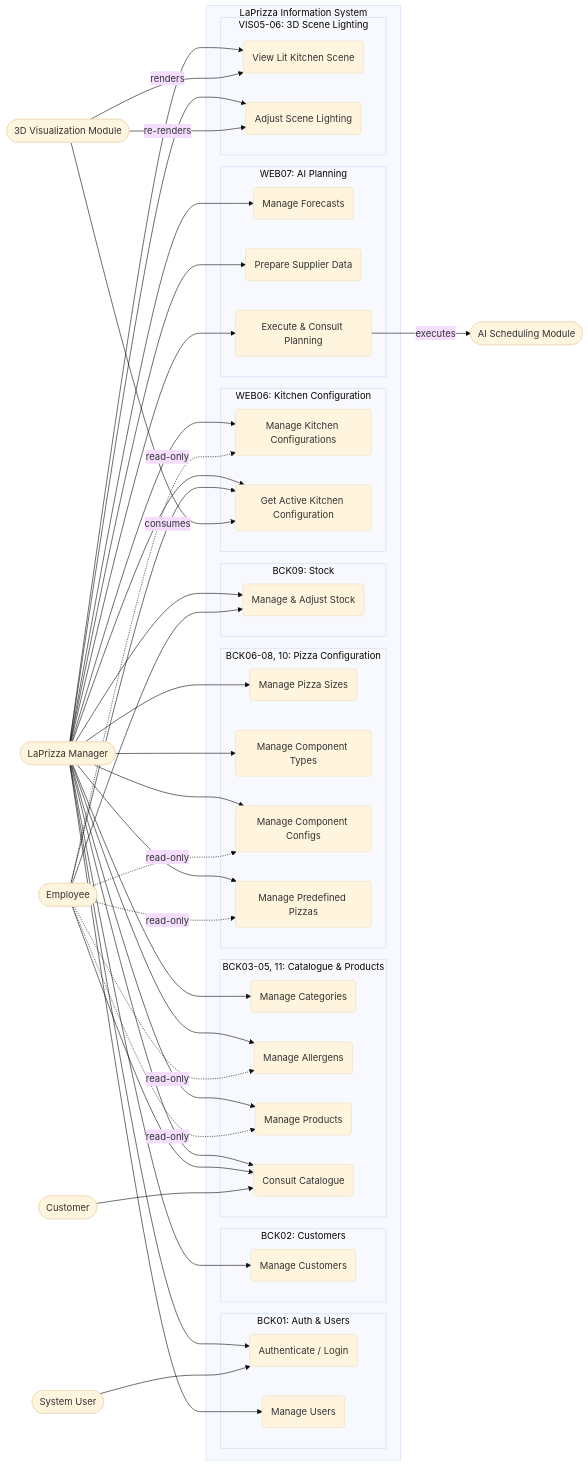
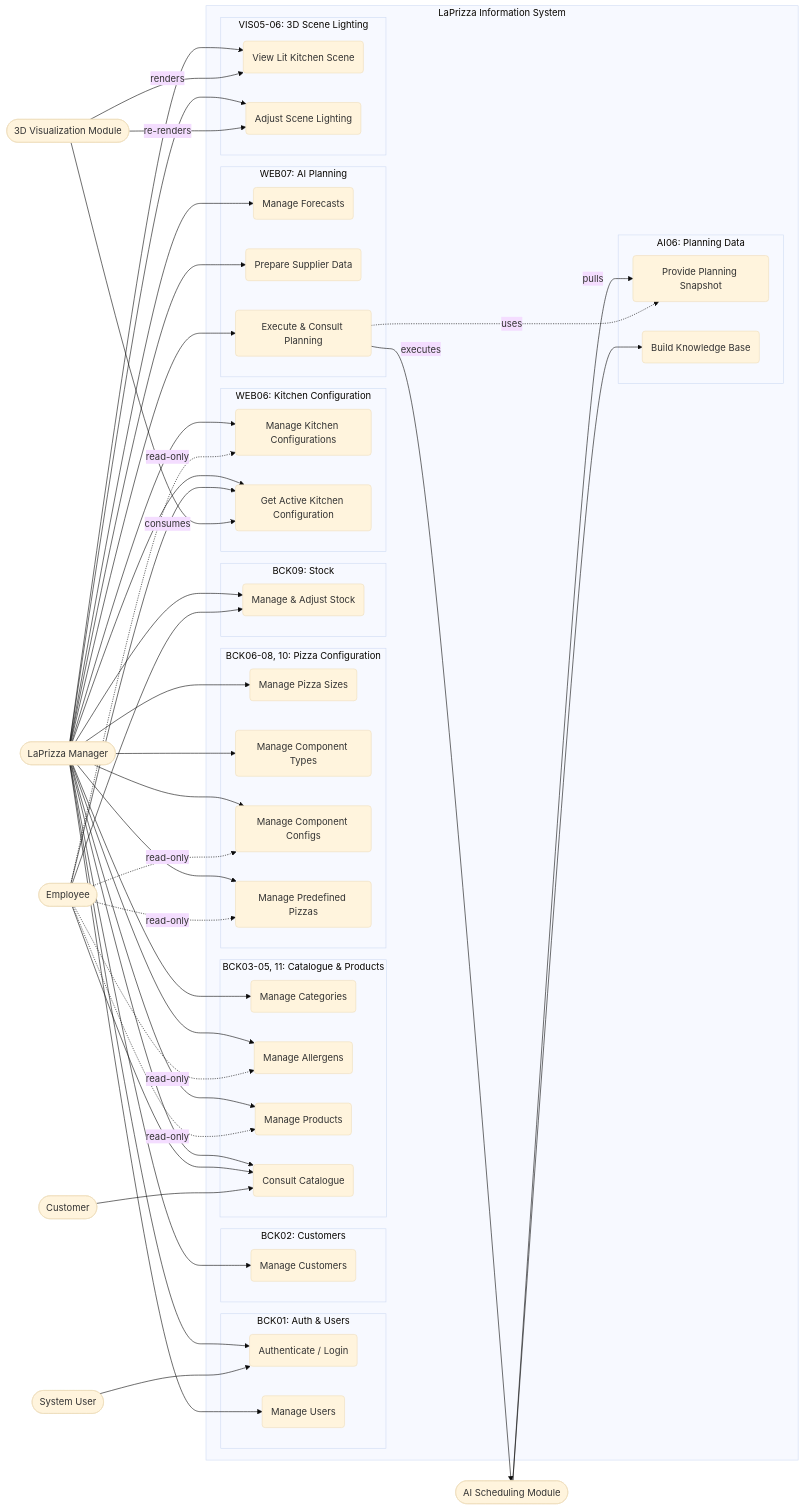
The diagram in docs/analysis/diagrams/use-case-views/global-use-case-view.mermaid (ivasduarte/laprizza), drawn with Mermaid (base theme) before and after one commit. The commit also changed 10 other files, not shown here.

```diff
--- a/docs/analysis/diagrams/use-case-views/global-use-case-view.mermaid
+++ b/docs/analysis/diagrams/use-case-views/global-use-case-view.mermaid
@@ -1,83 +1,90 @@
 flowchart LR
     Manager([LaPrizza Manager])
     SystemUser([System User])
     Employee([Employee])
     Customer([Customer])
     Viz3D([3D Visualization Module])
     AI([AI Scheduling Module])
 
     subgraph System [LaPrizza Information System]
         subgraph Auth [BCK01: Auth & Users]
             UC_Auth(Authenticate / Login)
             UC_Users(Manage Users)
         end
         subgraph Cust [BCK02: Customers]
             UC_Cust(Manage Customers)
         end
         subgraph Catalog [BCK03-05, 11: Catalogue & Products]
             UC_Cat(Manage Categories)
             UC_Allergens(Manage Allergens)
             UC_Prod(Manage Products)
             UC_Catalog(Consult Catalogue)
         end
         subgraph Config [BCK06-08, 10: Pizza Configuration]
             UC_Sizes(Manage Pizza Sizes)
             UC_Types(Manage Component Types)
             UC_Configs(Manage Component Configs)
             UC_Predef(Manage Predefined Pizzas)
         end
         subgraph Stock [BCK09: Stock]
             UC_Stock(Manage & Adjust Stock)
         end
         subgraph Kitchen [WEB06: Kitchen Configuration]
             UC_Kitchen(Manage Kitchen Configurations)
             UC_ActiveKitchen(Get Active Kitchen Configuration)
         end
         subgraph Planning [WEB07: AI Planning]
             UC_Forecasts(Manage Forecasts)
             UC_Suppliers(Prepare Supplier Data)
             UC_Planning(Execute & Consult Planning)
         end
         subgraph Lighting [VIS05-06: 3D Scene Lighting]
             UC_Lit(View Lit Kitchen Scene)
             UC_AdjustLight(Adjust Scene Lighting)
         end
+        subgraph PlanningData [AI06: Planning Data]
+            UC_Snapshot(Provide Planning Snapshot)
+            UC_KB(Build Knowledge Base)
+        end
     end
 
     Manager --> UC_Auth
     Manager --> UC_Users
     Manager --> UC_Cust
     Manager --> UC_Cat
     Manager --> UC_Allergens
     Manager --> UC_Prod
     Manager --> UC_Sizes
     Manager --> UC_Types
     Manager --> UC_Configs
     Manager --> UC_Predef
     Manager --> UC_Stock
     Manager --> UC_Catalog
     Manager --> UC_Kitchen
     Manager --> UC_ActiveKitchen
     Manager --> UC_Forecasts
     Manager --> UC_Suppliers
     Manager --> UC_Planning
     Manager --> UC_Lit
     Manager --> UC_AdjustLight
 
     SystemUser --> UC_Auth
 
     Employee -.->|read-only| UC_Allergens
     Employee -.->|read-only| UC_Prod
     Employee -.->|read-only| UC_Configs
     Employee -.->|read-only| UC_Predef
     Employee -.->|read-only| UC_Kitchen
     Employee --> UC_ActiveKitchen
     Employee --> UC_Stock
     Employee --> UC_Catalog
 
     Customer --> UC_Catalog
 
     Viz3D -->|consumes| UC_ActiveKitchen
     Viz3D -->|renders| UC_Lit
     Viz3D -->|re-renders| UC_AdjustLight
     UC_Planning -->|executes| AI
+    AI -->|pulls| UC_Snapshot
+    AI --> UC_KB
+    UC_Planning -.->|uses| UC_Snapshot
```
